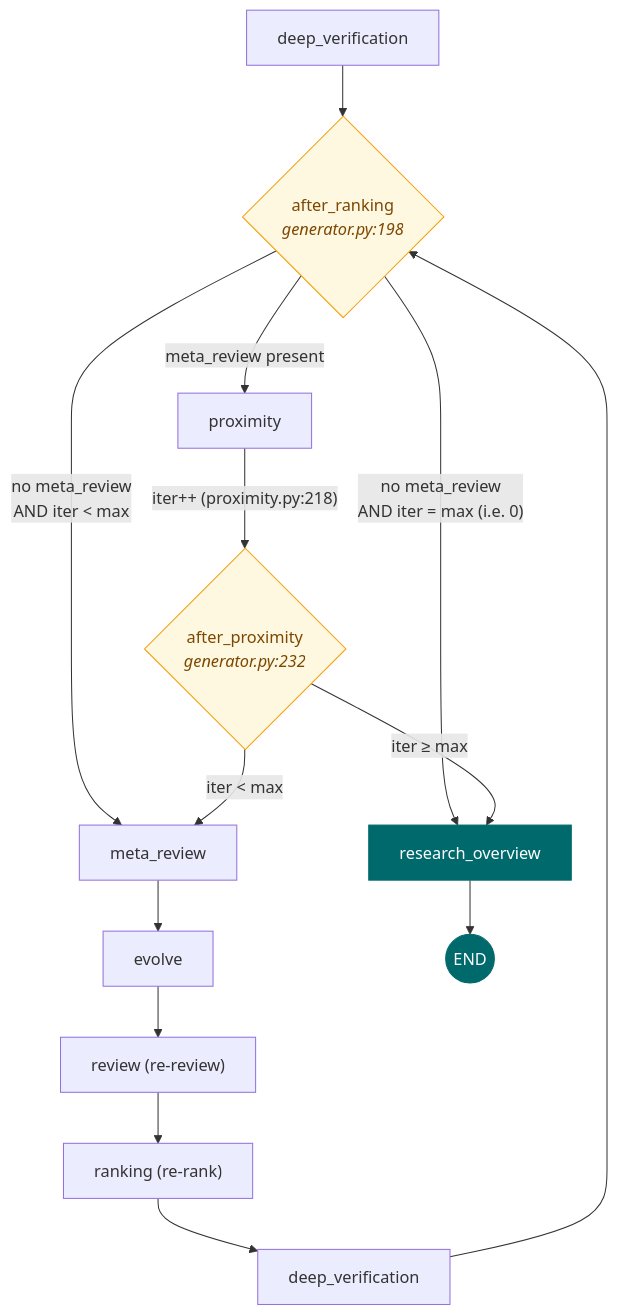
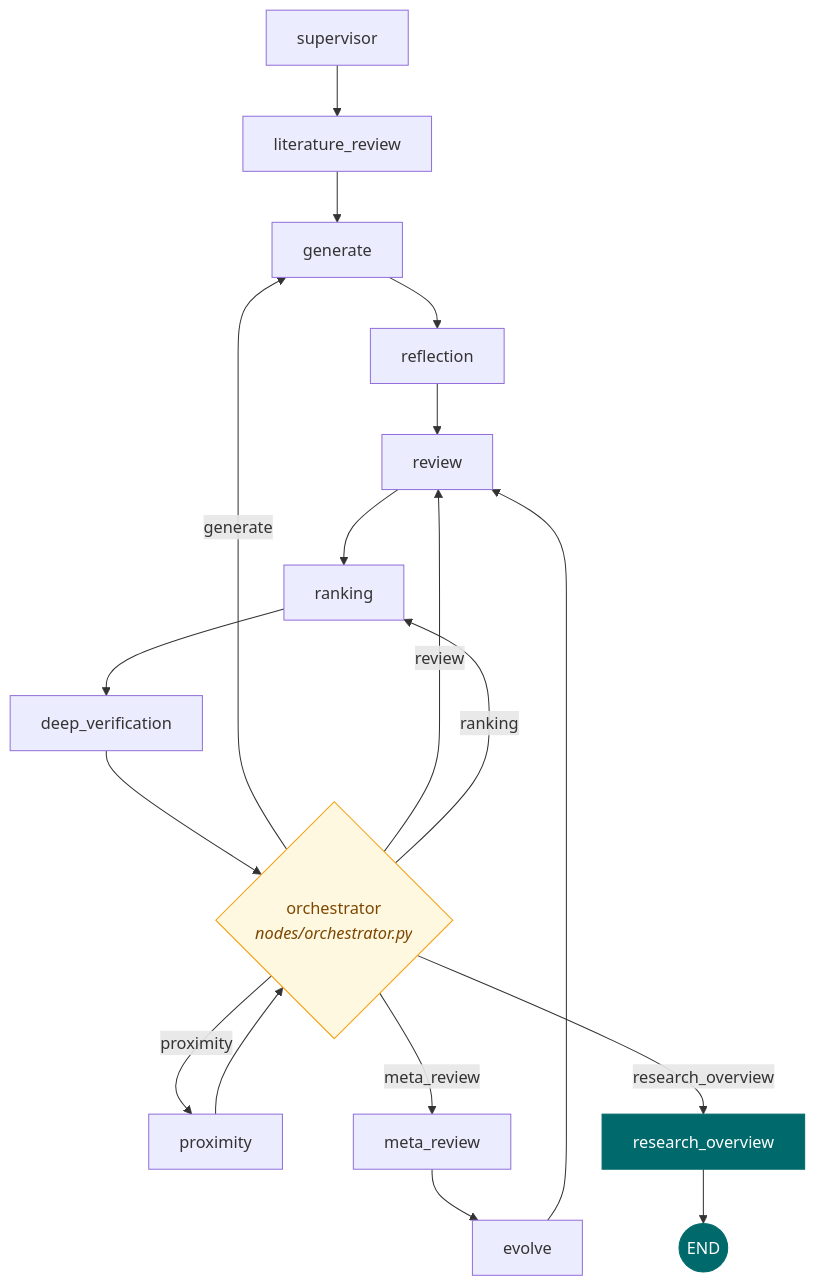
One commit to guy915/Co-Scientist changed the first of 4 diagrams in docs/EXPLAINER.md. Above: the diagram before and after it, drawn with Mermaid. The commit also changed other lines of this file and 4 other files, not shown here.

````diff
--- a/docs/EXPLAINER.md
+++ b/docs/EXPLAINER.md
@@ -75,24 +75,24 @@
 ```mermaid
 flowchart TD
-  DV["deep_verification"]
-  DV --> AR{"after_ranking<br/><i>generator.py:198</i>"}
-  AR -->|"no meta_review<br/>AND iter &lt; max"| MR["meta_review"]
-  AR -->|"no meta_review<br/>AND iter = max (i.e. 0)"| RO["research_overview"]
-  AR -->|"meta_review present"| PROX["proximity"]
+  SUP["supervisor"] --> LR["literature_review"] --> GEN["generate"] --> REF["reflection"] --> REV["review"]
+  REV --> RK["ranking"]
+  RK --> DV["deep_verification"]
+  DV --> ORCH{"orchestrator<br/><i>nodes/orchestrator.py</i>"}
+  PROX["proximity"] --> ORCH
+
+  ORCH -->|generate| GEN
+  ORCH -->|review| REV
+  ORCH -->|ranking| RK
+  ORCH -->|meta_review| MR["meta_review"]
+  ORCH -->|proximity| PROX
+  ORCH -->|research_overview| RO["research_overview"]
 
   MR --> EV["evolve"]
-  EV --> REV["review (re-review)"]
-  REV --> RK["ranking (re-rank)"]
-  RK --> DV2["deep_verification"]
-  DV2 --> AR
-
-  PROX -->|"iter++ (proximity.py:218)"| AP{"after_proximity<br/><i>generator.py:232</i>"}
-  AP -->|"iter &lt; max"| MR
-  AP -->|"iter ≥ max"| RO
+  EV --> REV
   RO --> END((END))
 
   classDef router fill:#FFF8E1,stroke:#F59E0B,color:#7C4700;
   classDef term fill:#00696C,stroke:#00696C,color:#fff;
-  class AR,AP router;
+  class ORCH router;
   class RO,END term;
 ```
````
